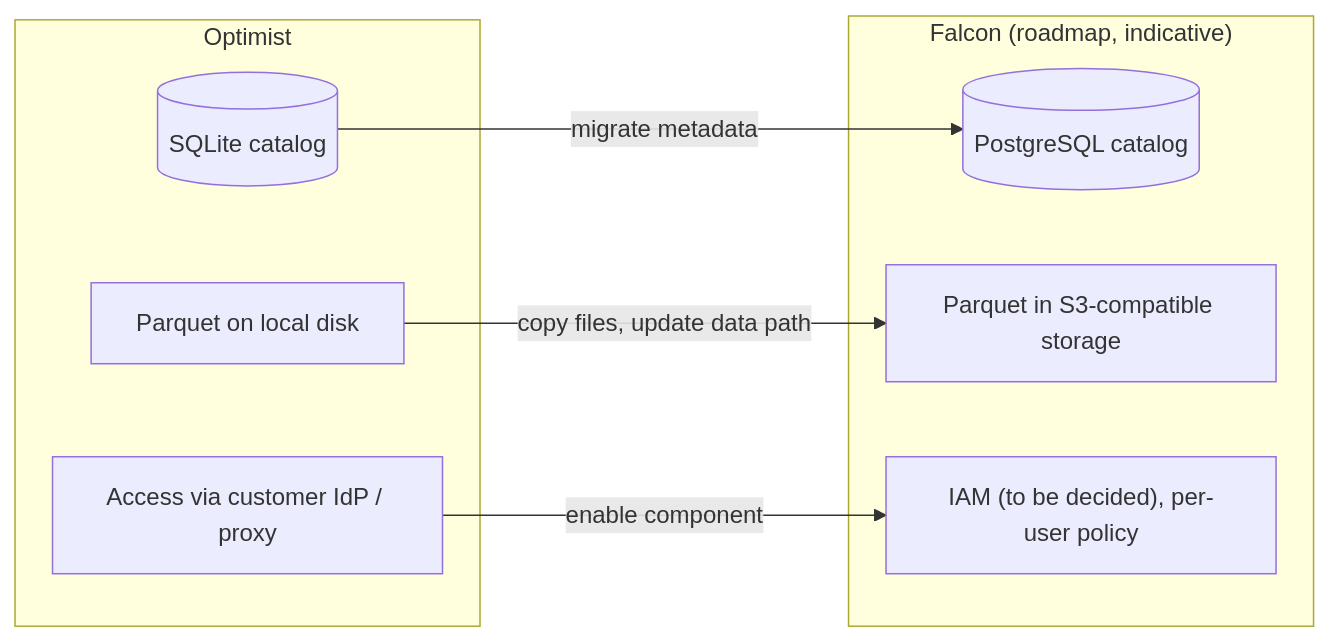
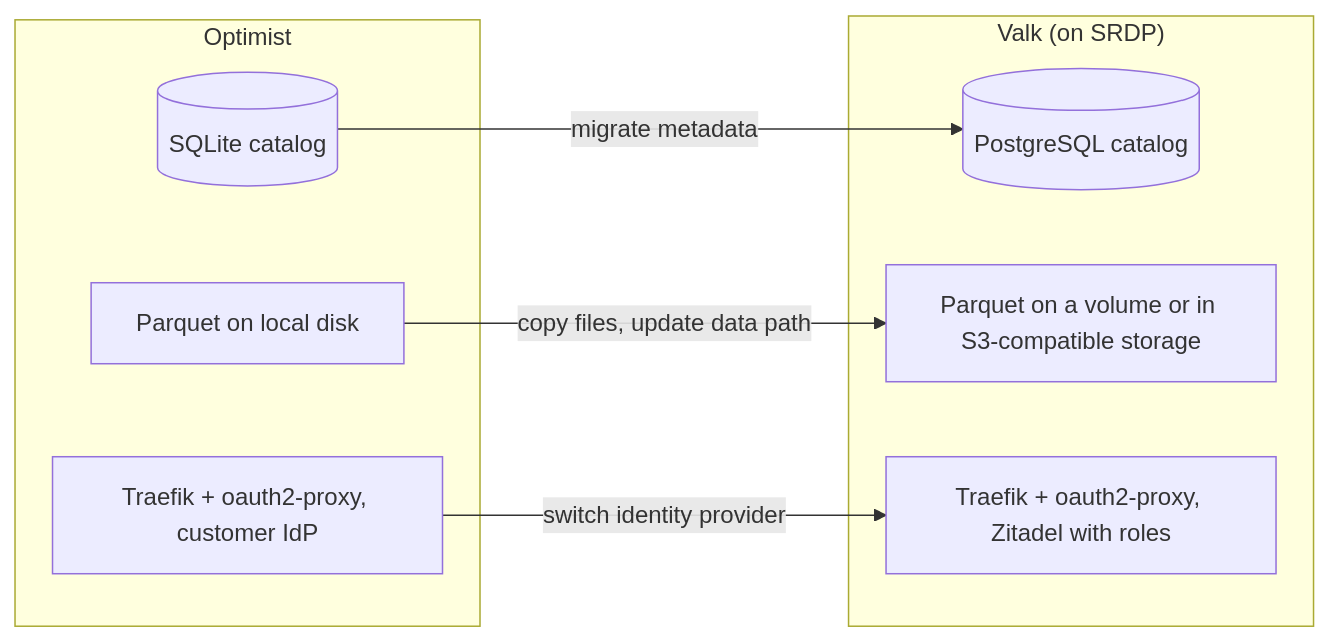
Before and after one commit to datavloot/datavloot-toolkit: the sixth of 6 diagrams in docs/architecture.md, drawn with Mermaid. The commit also changed other lines of this file, not shown here.

First line of the commit message:
Align architecture doc with the Valk and Traefik

````diff
--- a/docs/architecture.md
+++ b/docs/architecture.md
@@ -131,18 +135,18 @@
 ```mermaid
 flowchart LR
     subgraph OPT["Optimist"]
         O1[("SQLite catalog")]
         O2["Parquet on local disk"]
-        O3["Access via customer IdP / proxy"]
+        O3["Traefik + oauth2-proxy, customer IdP"]
     end
 
-    subgraph FULL["Falcon (roadmap, indicative)"]
+    subgraph VALK["Valk (on SRDP)"]
         F1[("PostgreSQL catalog")]
-        F2["Parquet in S3-compatible storage"]
-        F3["IAM (to be decided), per-user policy"]
+        F2["Parquet on a volume or in S3-compatible storage"]
+        F3["Traefik + oauth2-proxy, Zitadel with roles"]
     end
 
     O1 -- "migrate metadata" --> F1
     O2 -- "copy files, update data path" --> F2
-    O3 -- "enable component" --> F3
+    O3 -- "switch identity provider" --> F3
 ```
````
